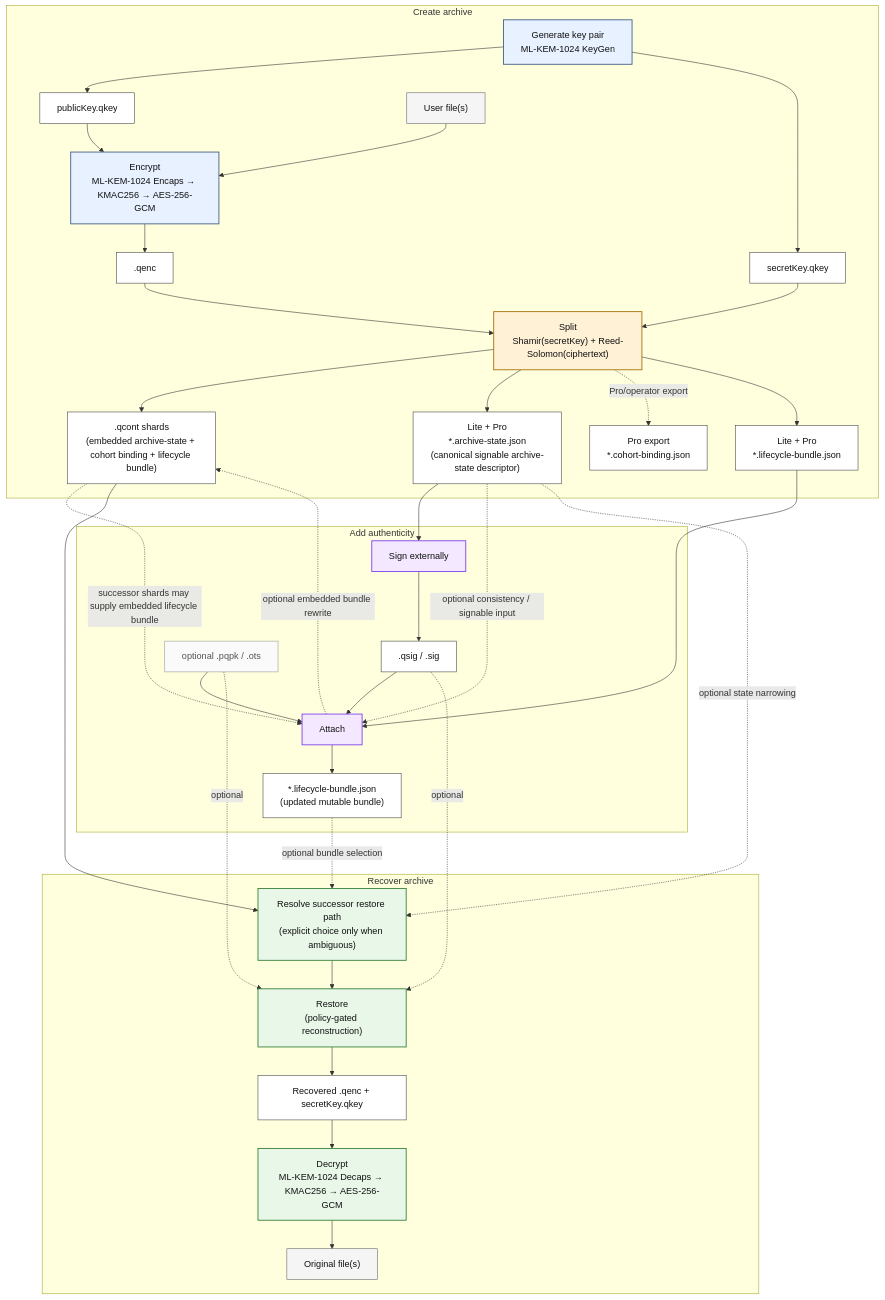
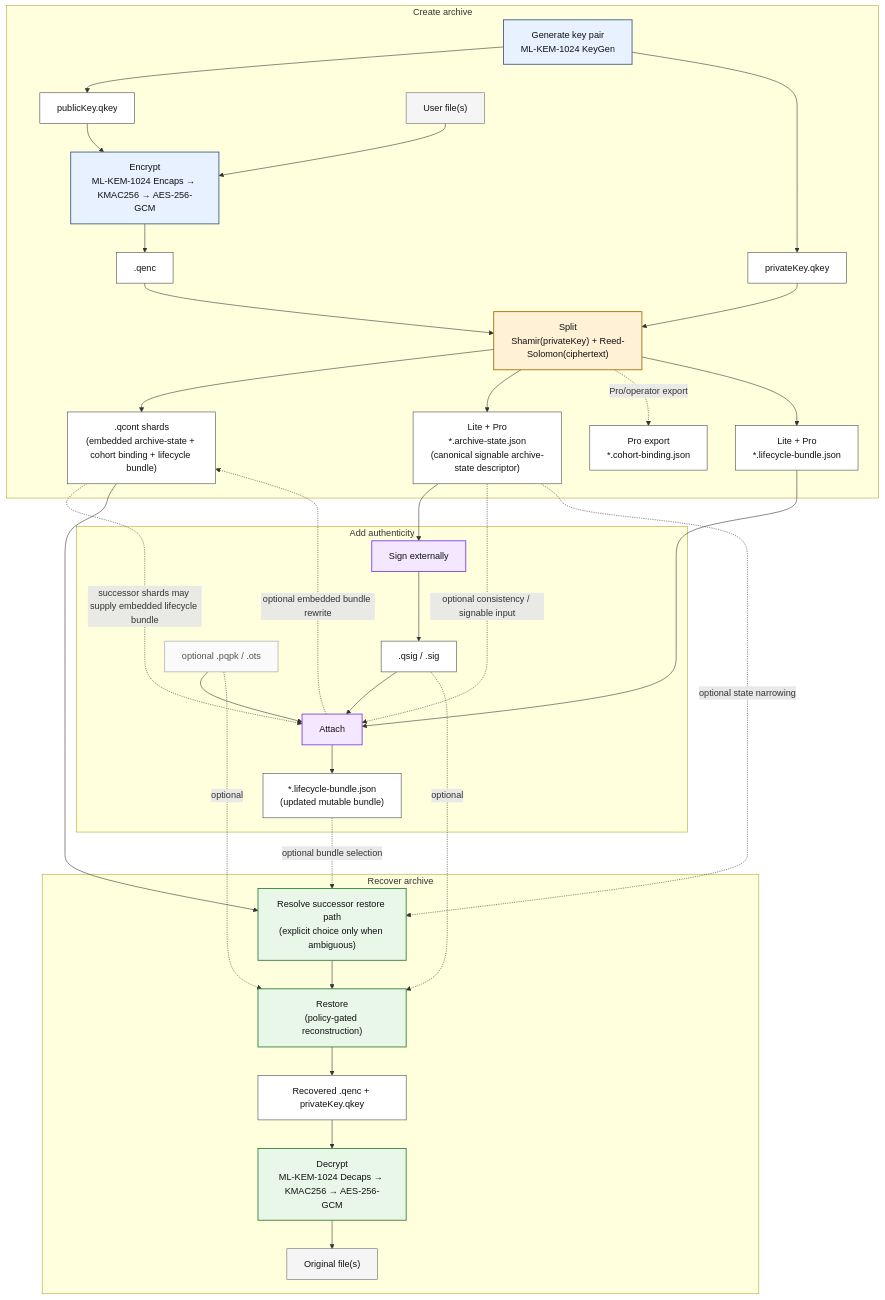
The diagram in README.md (CyberKiska/quantum-vault), drawn with Mermaid before and after one commit. The commit also changed other lines of this file and 14 other files, not shown here.

First line of the commit message:
Update terminology and file references from `secretKey.qkey` to `privateKey.qkey`

````diff
--- a/README.md
+++ b/README.md
@@ -80,72 +80,72 @@
 ```mermaid
 flowchart TB
     subgraph CREATE["Create archive"]
         G["Generate key pair<br/>ML-KEM-1024 KeyGen"]:::crypto
         PK["publicKey.qkey"]:::artifact
-        SK["secretKey.qkey"]:::artifact
+        SK["privateKey.qkey"]:::artifact
         U["User file(s)"]:::input
         E["Encrypt<br/>ML-KEM-1024 Encaps → KMAC256 → AES-256-GCM"]:::crypto
         Q[".qenc"]:::artifact
-        S["Split<br/>Shamir(secretKey) + Reed-Solomon(ciphertext)"]:::split
+        S["Split<br/>Shamir(privateKey) + Reed-Solomon(ciphertext)"]:::split
         QC[".qcont shards<br/>(embedded archive-state + cohort binding + lifecycle bundle)"]:::artifact
         AS["Lite + Pro<br/>*.archive-state.json<br/>(canonical signable archive-state descriptor)"]:::artifact
         CB["Pro export<br/>*.cohort-binding.json"]:::artifact
         LB["Lite + Pro<br/>*.lifecycle-bundle.json"]:::artifact
 
         G --> PK
         G --> SK
         U --> E
         PK --> E
         E --> Q
         Q --> S
         SK --> S
         S --> QC
         S --> AS
         S -. Pro/operator export .-> CB
         S --> LB
     end
 
     subgraph AUTH["Add authenticity"]
         SG["Sign externally"]:::auth
         SIG[".qsig / .sig"]:::artifact
         OPT["optional .pqpk / .ots"]:::optional
         AT["Attach"]:::auth
         EM["*.lifecycle-bundle.json<br/>(updated mutable bundle)"]:::artifact
 
         AS --> SG
         SG --> SIG
         QC -. successor shards may supply embedded lifecycle bundle .-> AT
         LB --> AT
         AS -. optional consistency / signable input .-> AT
         SIG --> AT
         OPT --> AT
         AT --> EM
         AT -. optional embedded bundle rewrite .-> QC
     end
 
     subgraph RECOVER["Recover archive"]
         SEL["Resolve successor restore path<br/>(explicit choice only when ambiguous)"]:::restore
         R["Restore<br/>(policy-gated reconstruction)"]:::restore
-        OUT["Recovered .qenc + secretKey.qkey"]:::artifact
+        OUT["Recovered .qenc + privateKey.qkey"]:::artifact
         D["Decrypt<br/>ML-KEM-1024 Decaps → KMAC256 → AES-256-GCM"]:::restore
         F["Original file(s)"]:::input
 
         QC --> SEL
         AS -. optional state narrowing .-> SEL
         EM -. optional bundle selection .-> SEL
         SEL --> R
         SIG -. optional .-> R
         OPT -. optional .-> R
         R --> OUT
         OUT --> D
         D --> F
     end
 
     classDef input fill:#f5f5f5,stroke:#666,stroke-width:1px,color:#111;
     classDef crypto fill:#e8f1ff,stroke:#3d5a80,stroke-width:1.5px,color:#111;
     classDef split fill:#fff1d6,stroke:#a06b00,stroke-width:1.5px,color:#111;
     classDef auth fill:#f3e8ff,stroke:#7c3aed,stroke-width:1.5px,color:#111;
     classDef restore fill:#e8f7e8,stroke:#2e7d32,stroke-width:1.5px,color:#111;
     classDef artifact fill:#ffffff,stroke:#444,stroke-width:1px,color:#111;
     classDef optional fill:#fafafa,stroke:#999,stroke-width:1px,color:#555;
 ```
````
